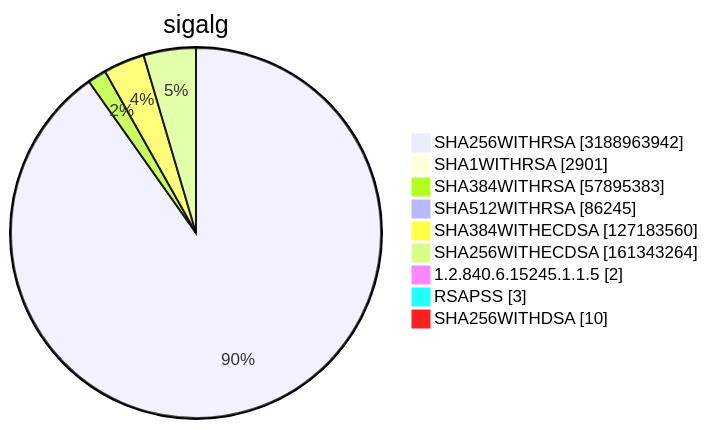
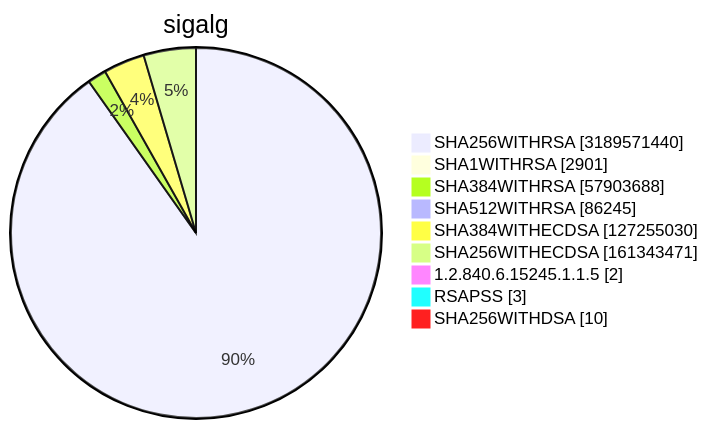
Diagram 15 of 15 in TOTAL/README.md (christiankrug/ctmonitor_visualization), drawn with Mermaid before and after one commit. The commit also changed other lines of this file, not shown here.

````diff
--- a/TOTAL/README.md
+++ b/TOTAL/README.md
@@ -6216,13 +6216,13 @@
 ```mermaid
 pie showData
 title sigalg
-"SHA256WITHRSA" :3188963942
+"SHA256WITHRSA" :3189571440
 "SHA1WITHRSA" :2901
-"SHA384WITHRSA" :57895383
+"SHA384WITHRSA" :57903688
 "SHA512WITHRSA" :86245
-"SHA384WITHECDSA" :127183560
-"SHA256WITHECDSA" :161343264
+"SHA384WITHECDSA" :127255030
+"SHA256WITHECDSA" :161343471
 "1.2.840.6.15245.1.1.5" :2
 "RSAPSS" :3
 "SHA256WITHDSA" :10
 ```
````
